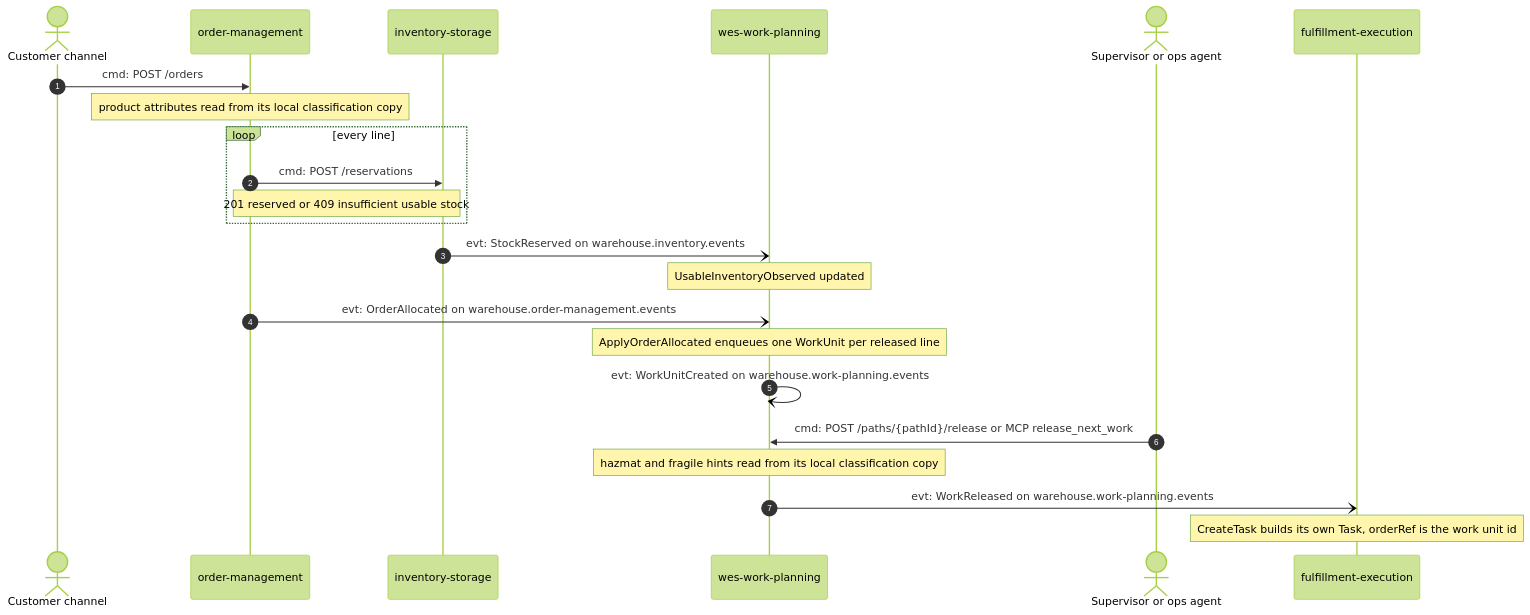
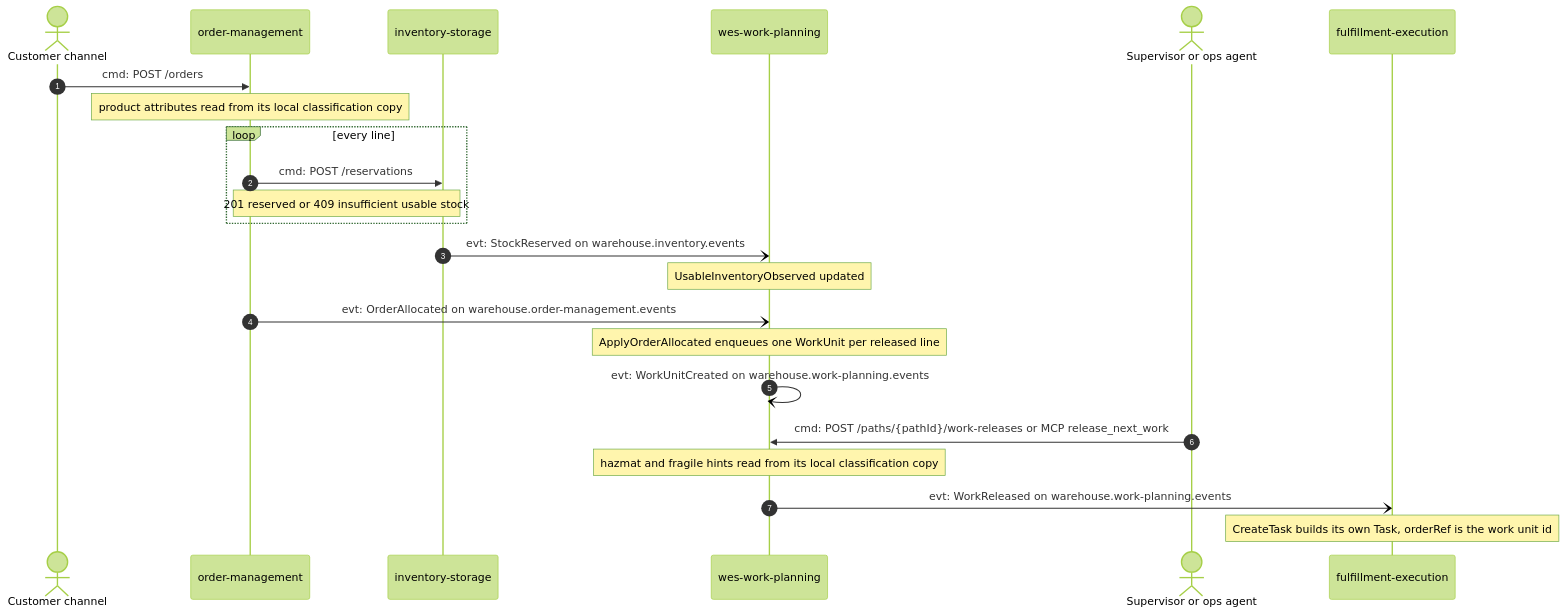
Before and after one commit to IQVO/warehouse-docs: the second of 11 diagrams in docs/strategic-design/domain-message-flows.md, drawn with Mermaid (forest theme). The commit also changed other lines of this file and 272 other files, not shown here.

````diff
--- a/docs/strategic-design/domain-message-flows.md
+++ b/docs/strategic-design/domain-message-flows.md
@@ -154,25 +154,25 @@
 ```mermaid
 sequenceDiagram
     autonumber
     actor Customer as Customer channel
     participant OM as order-management
     participant INV as inventory-storage
     participant WP as wes-work-planning
     actor Sup as Supervisor or ops agent
     participant FE as fulfillment-execution
     Customer->>OM: cmd: POST /orders
     Note over OM: product attributes read from its local classification copy
     loop every line
         OM->>INV: cmd: POST /reservations
         Note over OM,INV: 201 reserved or 409 insufficient usable stock
     end
     INV-)WP: evt: StockReserved on warehouse.inventory.events
     Note over WP: UsableInventoryObserved updated
     OM-)WP: evt: OrderAllocated on warehouse.order-management.events
     Note over WP: ApplyOrderAllocated enqueues one WorkUnit per released line
     WP-)WP: evt: WorkUnitCreated on warehouse.work-planning.events
-    Sup->>WP: cmd: POST /paths/{pathId}/release or MCP release_next_work
+    Sup->>WP: cmd: POST /paths/{pathId}/work-releases or MCP release_next_work
     Note over WP: hazmat and fragile hints read from its local classification copy
     WP-)FE: evt: WorkReleased on warehouse.work-planning.events
     Note over FE: CreateTask builds its own Task, orderRef is the work unit id
 ```
````
